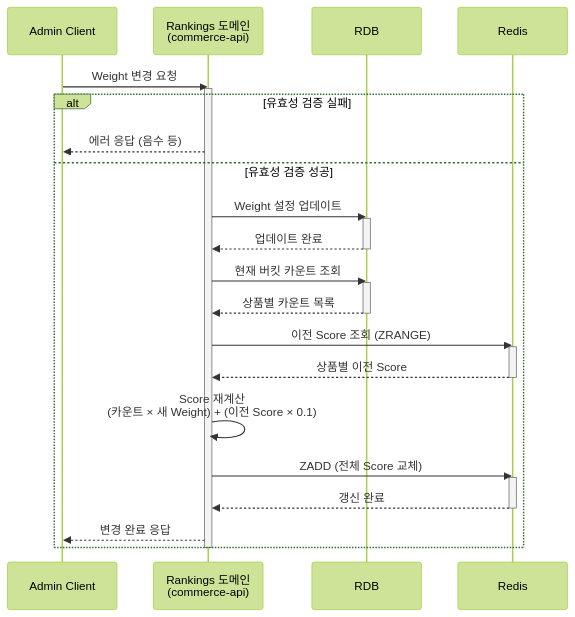
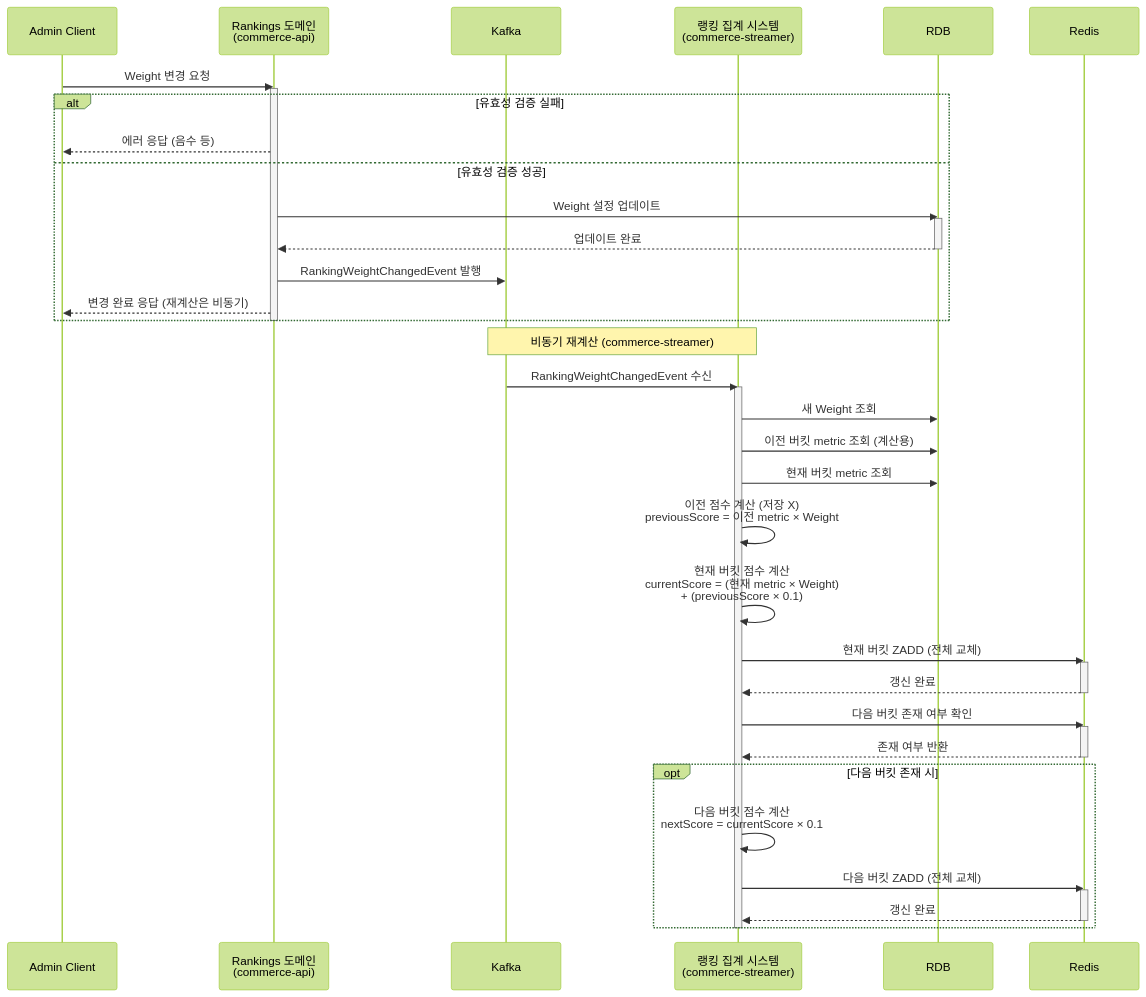
The fifth of 5 diagrams in docs/week9/solution-design-ranking-system.md (Loopers-dev-lab/loopers-spring-kotlin-template), drawn with Mermaid (forest theme) before and after one commit. The commit also changed other lines of this file and 10 other files, not shown here.

First line of the commit message:
feat(ranking): 가중치 변경 점수 재계산 서비스 추가

````diff
--- a/docs/week9/solution-design-ranking-system.md
+++ b/docs/week9/solution-design-ranking-system.md
@@ -266,39 +271,58 @@
 ```mermaid
 sequenceDiagram
     participant C as Admin Client
-    participant RS as Rankings 도메인<br/>(commerce-api)
+    participant API as Rankings 도메인<br/>(commerce-api)
+    participant K as Kafka
+    participant CS as 랭킹 집계 시스템<br/>(commerce-streamer)
     participant DB as RDB
     participant R as Redis
 
-    C->>RS: Weight 변경 요청
-    activate RS
+    C->>API: Weight 변경 요청
+    activate API
     
     alt 유효성 검증 실패
-        RS-->>C: 에러 응답 (음수 등)
+        API-->>C: 에러 응답 (음수 등)
     else 유효성 검증 성공
-        RS->>DB: Weight 설정 업데이트
+        API->>DB: Weight 설정 업데이트
         activate DB
-        DB-->>RS: 업데이트 완료
+        DB-->>API: 업데이트 완료
         deactivate DB
         
-        RS->>DB: 현재 버킷 카운트 조회
-        activate DB
-        DB-->>RS: 상품별 카운트 목록
-        deactivate DB
-        
-        RS->>R: 이전 Score 조회 (ZRANGE)
+        API->>K: RankingWeightChangedEvent 발행
+        API-->>C: 변경 완료 응답 (재계산은 비동기)
+    end
+    deactivate API
+    
+    Note over K,CS: 비동기 재계산 (commerce-streamer)
+    
+    K->>CS: RankingWeightChangedEvent 수신
+    activate CS
+    
+    CS->>DB: 새 Weight 조회
+    CS->>DB: 이전 버킷 metric 조회 (계산용)
+    CS->>DB: 현재 버킷 metric 조회
+    
+    CS->>CS: 이전 점수 계산 (저장 X)<br/>previousScore = 이전 metric × Weight
+    
+    CS->>CS: 현재 버킷 점수 계산<br/>currentScore = (현재 metric × Weight)<br/>+ (previousScore × 0.1)
+    
+    CS->>R: 현재 버킷 ZADD (전체 교체)
+    activate R
+    R-->>CS: 갱신 완료
+    deactivate R
+    
+    CS->>R: 다음 버킷 존재 여부 확인
+    activate R
+    R-->>CS: 존재 여부 반환
+    deactivate R
+    
+    opt 다음 버킷 존재 시
+        CS->>CS: 다음 버킷 점수 계산<br/>nextScore = currentScore × 0.1
+        CS->>R: 다음 버킷 ZADD (전체 교체)
         activate R
-        R-->>RS: 상품별 이전 Score
+        R-->>CS: 갱신 완료
         deactivate R
-        
-        RS->>RS: Score 재계산<br/>(카운트 × 새 Weight) + (이전 Score × 0.1)
-        
-        RS->>R: ZADD (전체 Score 교체)
-        activate R
-        R-->>RS: 갱신 완료
-        deactivate R
-        
-        RS-->>C: 변경 완료 응답
     end
-    deactivate RS
+    
+    deactivate CS
 ```
````
